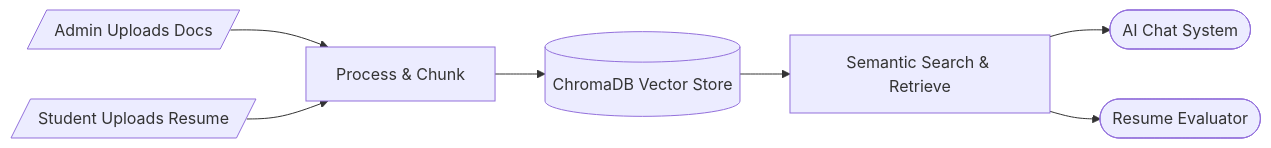
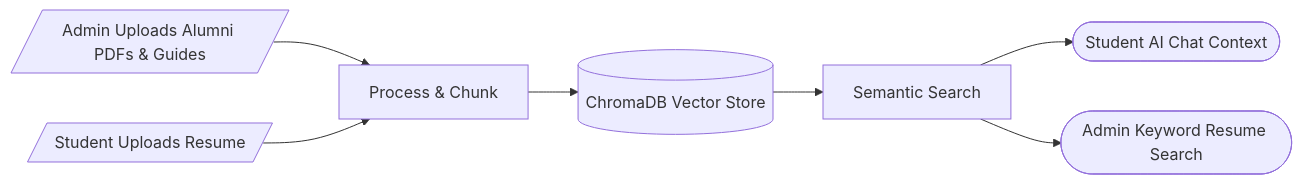
The sixth of 6 diagrams in README.md (Mounikaishu/RAG_play_ground), drawn with Mermaid before and after one commit. The commit also changed other lines of this file, not shown here.

````diff
--- a/README.md
+++ b/README.md
@@ -108,12 +106,12 @@
 ```mermaid
 flowchart LR
-    %% Ingestion (Saving Data)
-    AdminUpload[/Admin Uploads Docs/] --> Ingest[Process & Chunk]
+    %% Data Ingestion (Saving)
+    AdminUpload[/Admin Uploads Alumni PDFs & Guides/] --> Ingest[Process & Chunk]
     StudentUpload[/Student Uploads Resume/] --> Ingest
     Ingest --> DB[(ChromaDB Vector Store)]
 
-    %% Retrieval (Fetching Data)
-    DB --> Retrieve[Semantic Search & Retrieve]
-    Retrieve --> Chat([AI Chat System])
-    Retrieve --> Eval([Resume Evaluator])
+    %% Data Retrieval (Fetching)
+    DB --> Retrieve[Semantic Search]
+    Retrieve --> Chat([Student AI Chat Context])
+    Retrieve --> AdminSearch([Admin Keyword Resume Search])
 ```
````
